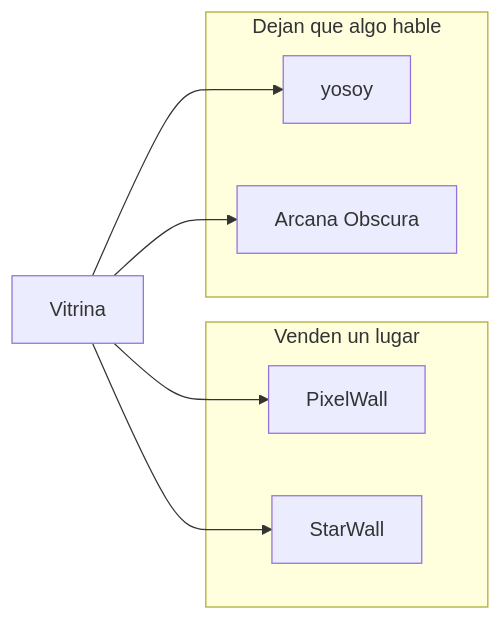
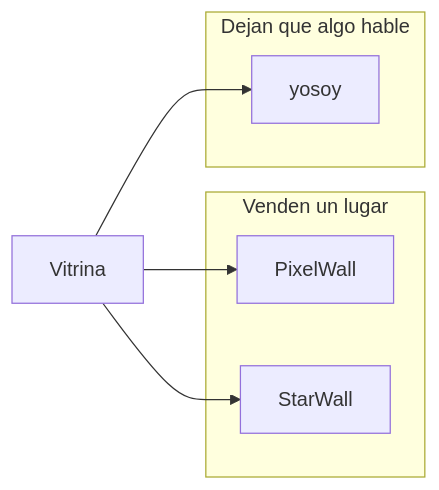
One commit to FernandoLizana/code-art-showcase changed the first of 6 diagrams in README.md. Above: the diagram before and after it, drawn with Mermaid. The commit also changed other lines of this file and 148 other files, not shown here.

Commit message:
Saca Arcana de la vitrina y neutraliza el anunciante de ejemplo de StarWall

````diff
--- a/README.md
+++ b/README.md
@@ -22,16 +21,14 @@
 ```mermaid
 flowchart LR
   subgraph venden [Venden un lugar]
     pixel[PixelWall]
     star[StarWall]
   end
   subgraph hablan [Dejan que algo hable]
     voz[yosoy]
-    arcana[Arcana Obscura]
   end
   vitrina[Vitrina]
   vitrina --> pixel
   vitrina --> star
   vitrina --> voz
-  vitrina --> arcana
 ```
````
